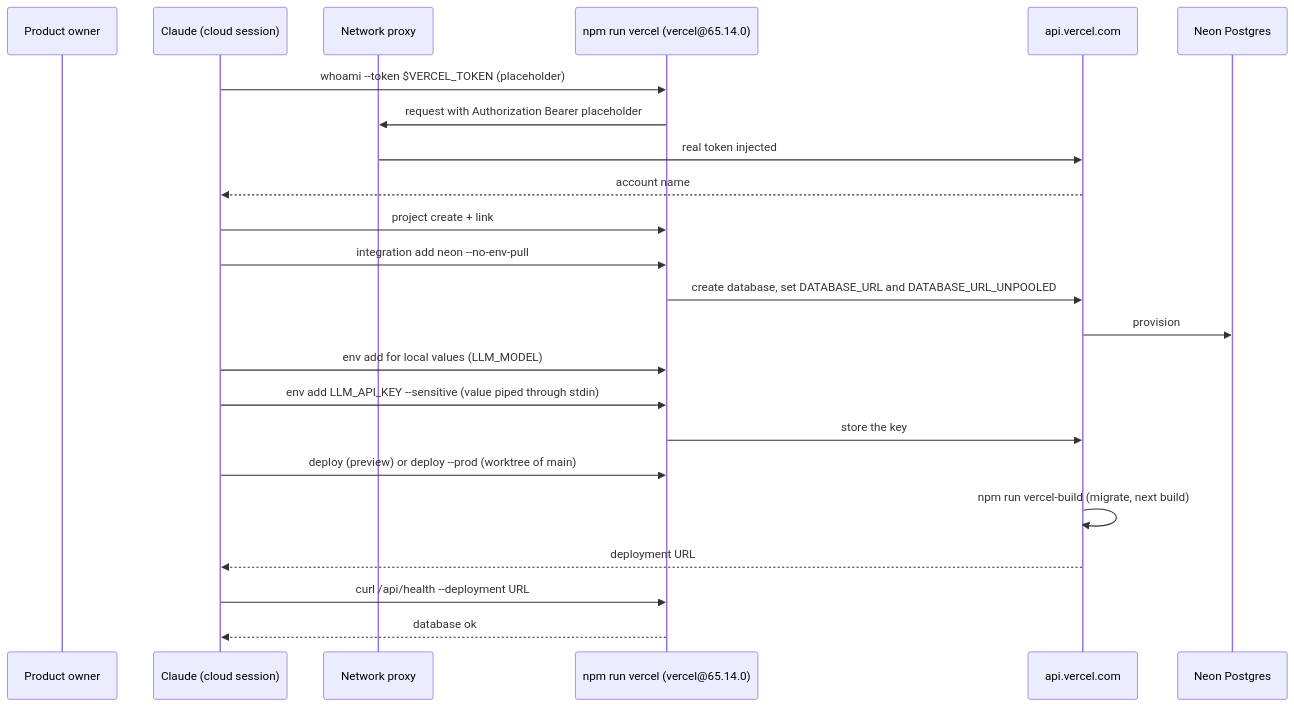
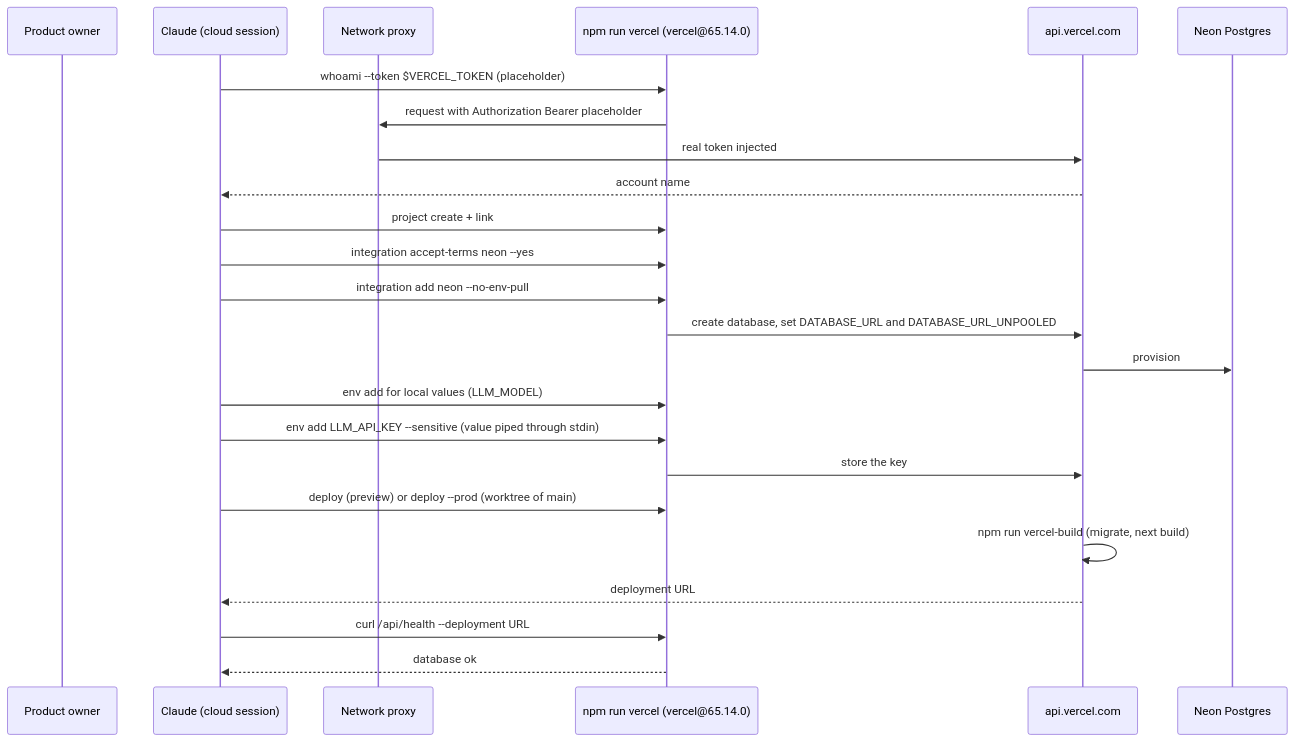
The first of 2 diagrams in docs/technical/deployment.md (Blueydata/ai-dev-foundation), drawn with Mermaid before and after one commit. The commit also changed other lines of this file and 15 other files, not shown here.

````diff
--- a/docs/technical/deployment.md
+++ b/docs/technical/deployment.md
@@ -9,25 +9,26 @@
 ```mermaid
 sequenceDiagram
   participant Owner as Product owner
   participant Claude as Claude (cloud session)
   participant Proxy as Network proxy
   participant CLI as npm run vercel (vercel@65.14.0)
   participant Vercel as api.vercel.com
   participant Neon as Neon Postgres
   Claude->>CLI: whoami --token $VERCEL_TOKEN (placeholder)
   CLI->>Proxy: request with Authorization Bearer placeholder
   Proxy->>Vercel: real token injected
   Vercel-->>Claude: account name
   Claude->>CLI: project create + link
+  Claude->>CLI: integration accept-terms neon --yes
   Claude->>CLI: integration add neon --no-env-pull
   CLI->>Vercel: create database, set DATABASE_URL and DATABASE_URL_UNPOOLED
   Vercel->>Neon: provision
   Claude->>CLI: env add for local values (LLM_MODEL)
   Claude->>CLI: env add LLM_API_KEY --sensitive (value piped through stdin)
   CLI->>Vercel: store the key
   Claude->>CLI: deploy (preview) or deploy --prod (worktree of main)
   Vercel->>Vercel: npm run vercel-build (migrate, next build)
   Vercel-->>Claude: deployment URL
   Claude->>CLI: curl /api/health --deployment URL
   CLI-->>Claude: database ok
 ```
````
